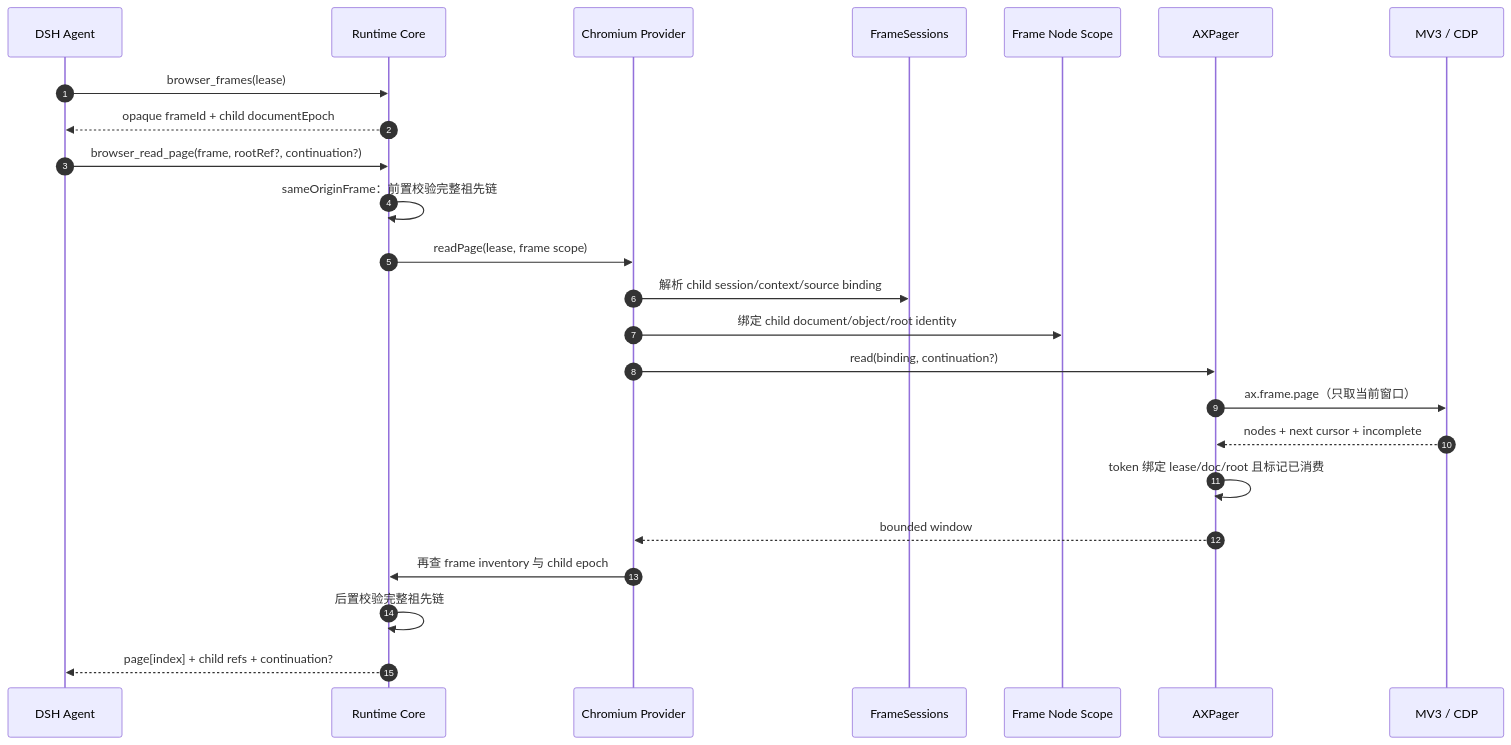
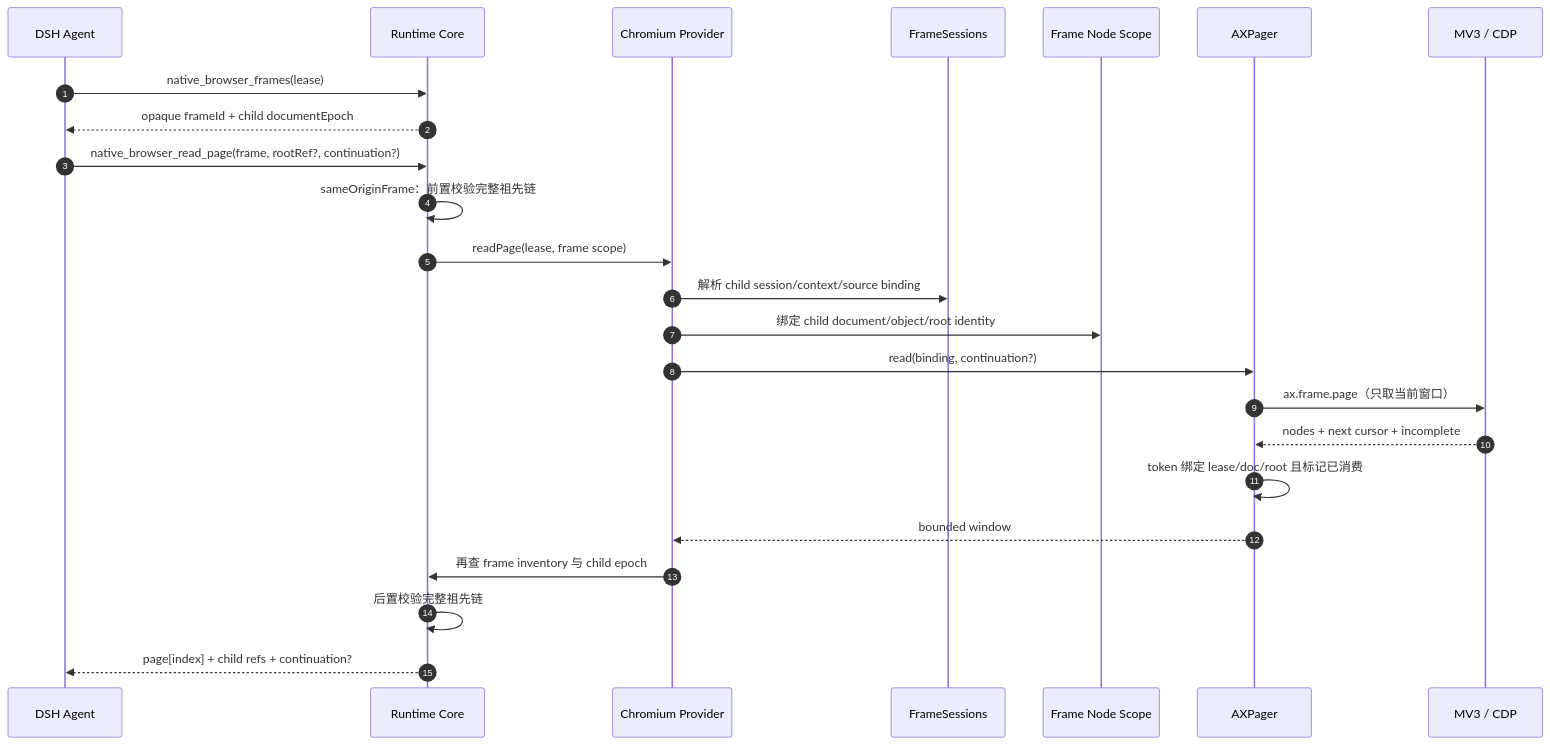
The fourth of 7 diagrams in docs/current-implementation.zh-CN.md (longmiaoo/dsh-native-browser), drawn with Mermaid before and after one commit. The commit also changed other lines of this file and 32 other files, not shown here.

Commit message:
feat(tools): isolate native browser namespace

```diff
--- a/docs/current-implementation.zh-CN.md
+++ b/docs/current-implementation.zh-CN.md
@@ -214,27 +214,27 @@
 ~~~mermaid
 sequenceDiagram
     autonumber
     participant A as DSH Agent
     participant R as Runtime Core
     participant P as Chromium Provider
     participant F as FrameSessions
     participant G as Frame Node Scope
     participant X as AXPager
     participant E as MV3 / CDP
 
-    A->>R: browser_frames(lease)
+    A->>R: native_browser_frames(lease)
     R-->>A: opaque frameId + child documentEpoch
-    A->>R: browser_read_page(frame, rootRef?, continuation?)
+    A->>R: native_browser_read_page(frame, rootRef?, continuation?)
     R->>R: sameOriginFrame：前置校验完整祖先链
     R->>P: readPage(lease, frame scope)
     P->>F: 解析 child session/context/source binding
     P->>G: 绑定 child document/object/root identity
     P->>X: read(binding, continuation?)
     X->>E: ax.frame.page（只取当前窗口）
     E-->>X: nodes + next cursor + incomplete
     X->>X: token 绑定 lease/doc/root 且标记已消费
     X-->>P: bounded window
     P->>R: 再查 frame inventory 与 child epoch
     R->>R: 后置校验完整祖先链
     R-->>A: page[index] + child refs + continuation?
 ~~~
```
